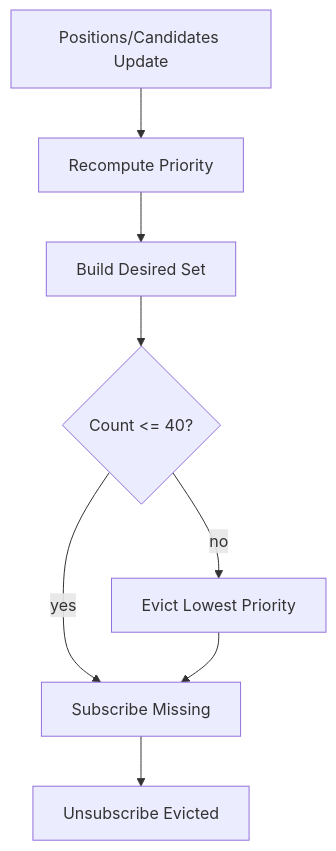
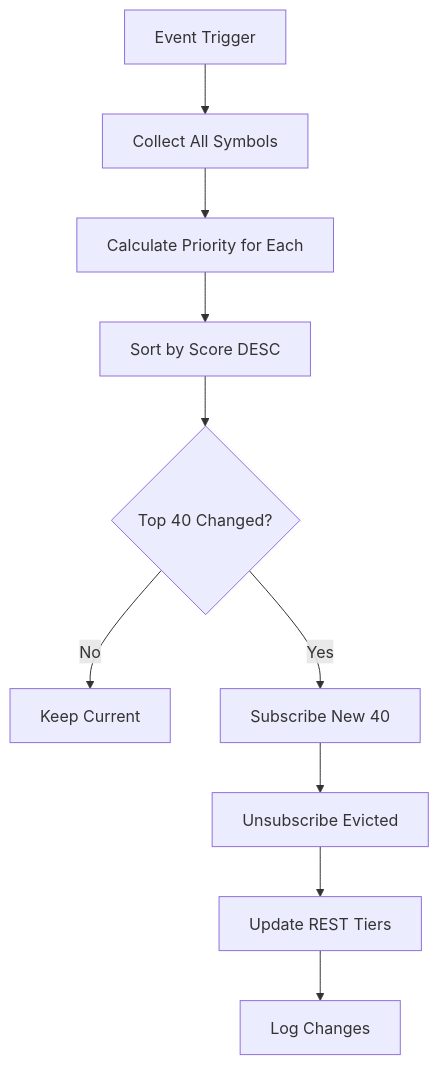
One commit to joungwonlim/aegis-v14 changed the second of 4 diagrams in docs/modules/price-sync.md. Above: the diagram before and after it, drawn with Mermaid. The commit also changed other lines of this file and 1 other file, not shown here.

First line of the commit message:
docs(pricesync): v10 PriorityManager 설계 추가

````diff
--- a/docs/modules/price-sync.md
+++ b/docs/modules/price-sync.md
@@ -275,10 +443,12 @@
 ```mermaid
 flowchart TD
-    A[Positions/Candidates Update] --> B[Recompute Priority]
-    B --> C[Build Desired Set]
-    C --> D{Count <= 40?}
-    D -->|yes| E[Subscribe Missing]
-    D -->|no| F[Evict Lowest Priority]
-    F --> E
-    E --> G[Unsubscribe Evicted]
+    A[Event Trigger] --> B[Collect All Symbols]
+    B --> C[Calculate Priority for Each]
+    C --> D[Sort by Score DESC]
+    D --> E{Top 40 Changed?}
+    E -->|No| F[Keep Current]
+    E -->|Yes| G[Subscribe New 40]
+    G --> H[Unsubscribe Evicted]
+    H --> I[Update REST Tiers]
+    I --> J[Log Changes]
 ```
````
